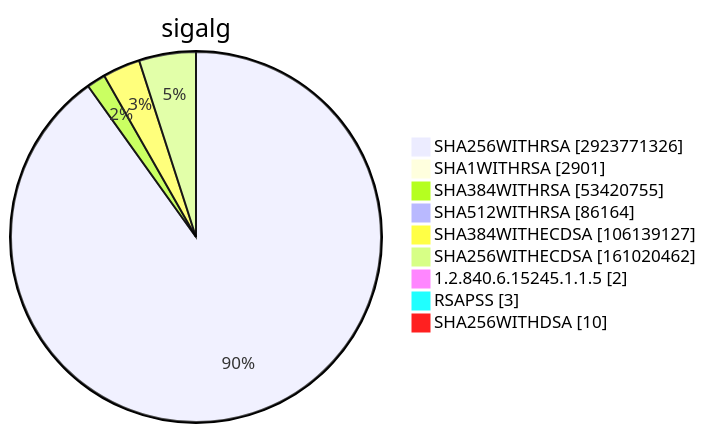
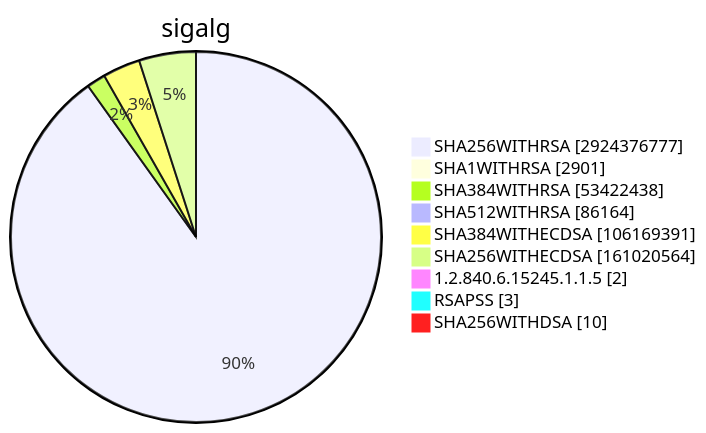
Before and after one commit to christiankrug/ctmonitor_visualization: diagram 15 of 15 in TOTAL/README.md, drawn with Mermaid. The commit also changed other lines of this file, not shown here.

````diff
--- a/TOTAL/README.md
+++ b/TOTAL/README.md
@@ -6207,13 +6207,13 @@
 ```mermaid
 pie showData
 title sigalg
-"SHA256WITHRSA" :2923771326
+"SHA256WITHRSA" :2924376777
 "SHA1WITHRSA" :2901
-"SHA384WITHRSA" :53420755
+"SHA384WITHRSA" :53422438
 "SHA512WITHRSA" :86164
-"SHA384WITHECDSA" :106139127
-"SHA256WITHECDSA" :161020462
+"SHA384WITHECDSA" :106169391
+"SHA256WITHECDSA" :161020564
 "1.2.840.6.15245.1.1.5" :2
 "RSAPSS" :3
 "SHA256WITHDSA" :10
 ```
````
